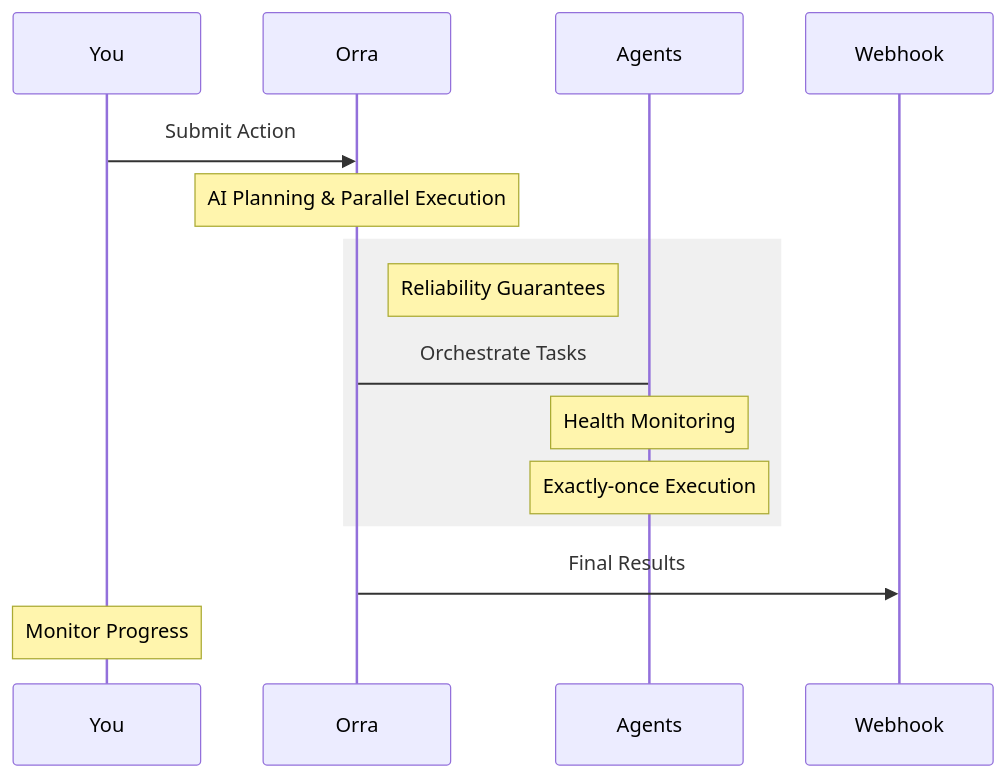
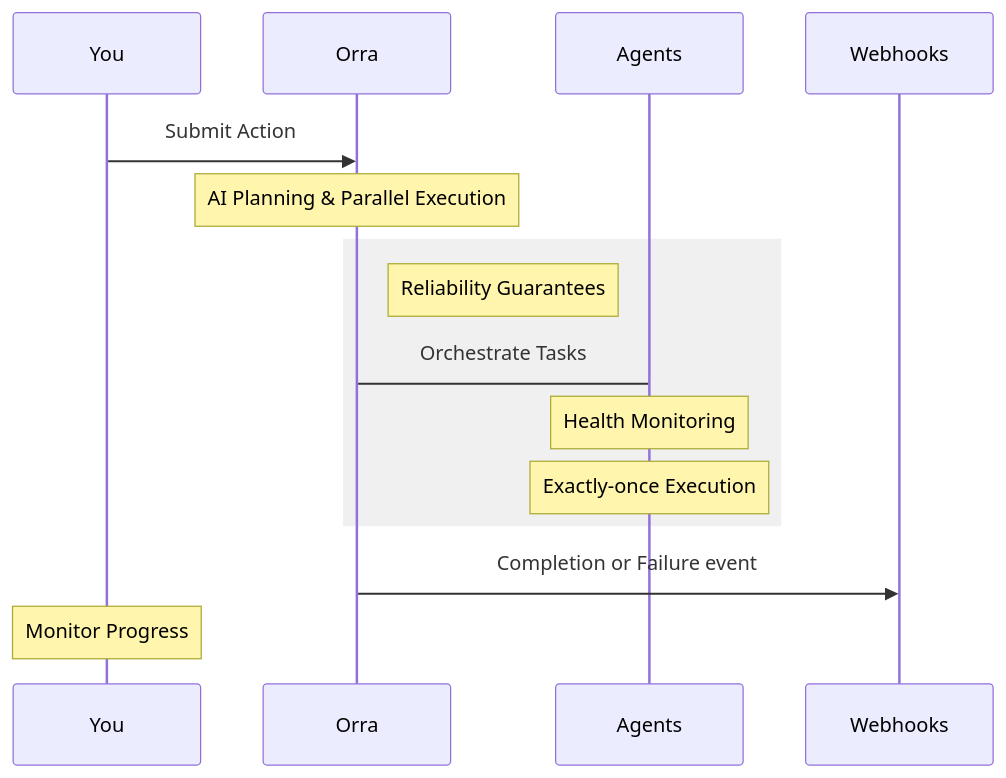
Before and after one commit to orra-dev/orra: the diagram in docs/actions.md, drawn with Mermaid. The commit also changed other lines of this file and 66 other files, not shown here.

````diff
--- a/docs/actions.md
+++ b/docs/actions.md
@@ -57,20 +60,20 @@
 ```mermaid
 sequenceDiagram
     participant You
     participant Orra
     participant Agents
-    participant Webhook
+    participant Webhooks
 
     You->>Orra: Submit Action
     Note over Orra: AI Planning & Parallel Execution
     
     rect rgb(240, 240, 240)
         Note right of Orra: Reliability Guarantees
         Orra->Agents: Orchestrate Tasks
         Note over Agents: Health Monitoring
         Note over Agents: Exactly-once Execution
     end
     
-    Orra->>Webhook: Final Results
+    Orra->>Webhooks: Completion or Failure event
     Note over You: Monitor Progress
 ```
````
